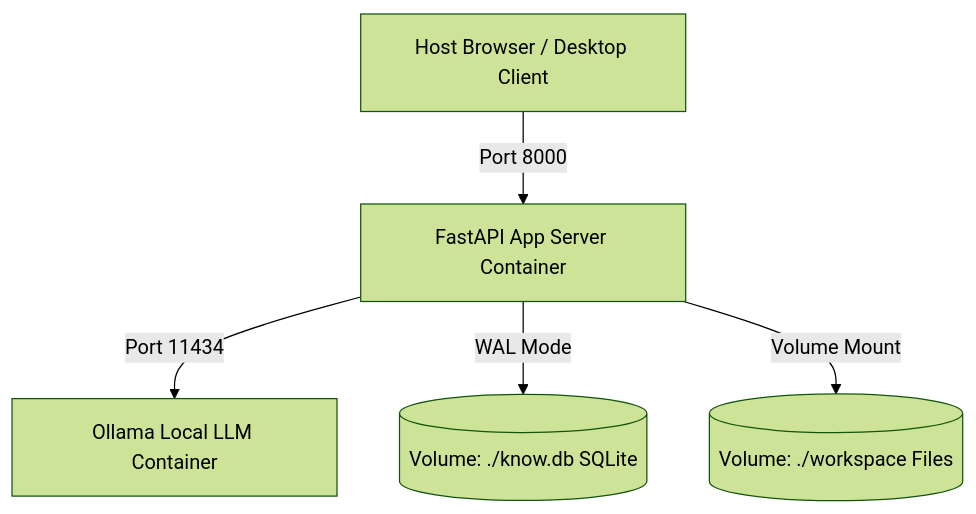
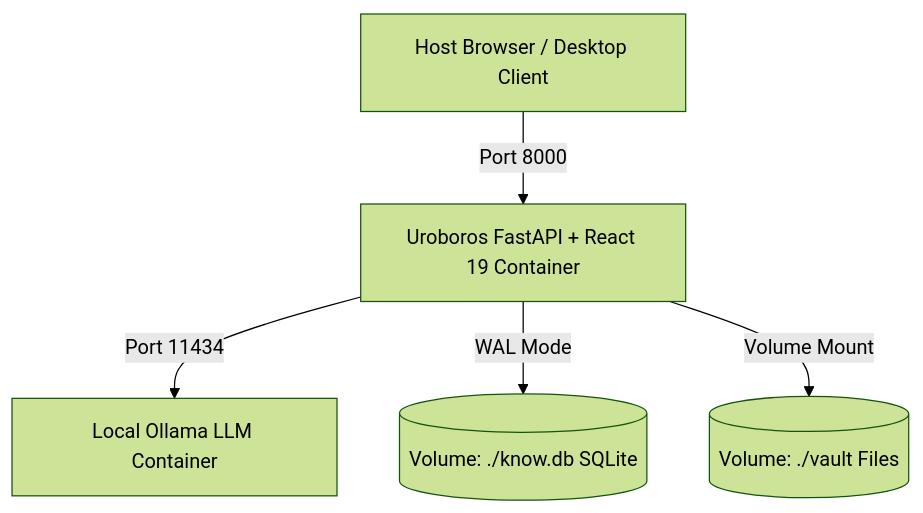
The sixth of 7 diagrams in README.md (SavianAlexander/uroboros-knowledge-engine), drawn with Mermaid (forest theme) before and after one commit. The commit also changed other lines of this file and 2 other files, not shown here.

Commit message:
docs: update readme, changelog, and architecture blueprint for v3.0.0 tri-engine release [Tududi #922]

````diff
--- a/README.md
+++ b/README.md
@@ -889,7 +923,7 @@
 ```mermaid
 graph TD
-    Client[Host Browser / Desktop Client] -->|Port 8000| FastAPI[FastAPI App Server Container]
-    FastAPI -->|Port 11434| Ollama[Ollama Local LLM Container]
-    FastAPI -->|WAL Mode| DB[(Volume: ./know.db SQLite)]
-    FastAPI -->|Volume Mount| Workspace[(Volume: ./workspace Files)]
+    Client[Host Browser / Desktop Client] -->|Port 8000| App[Uroboros FastAPI + React 19 Container]
+    App -->|Port 11434| Ollama[Local Ollama LLM Container]
+    App -->|WAL Mode| DB[(Volume: ./know.db SQLite)]
+    App -->|Volume Mount| Workspace[(Volume: ./vault Files)]
 ```
````
